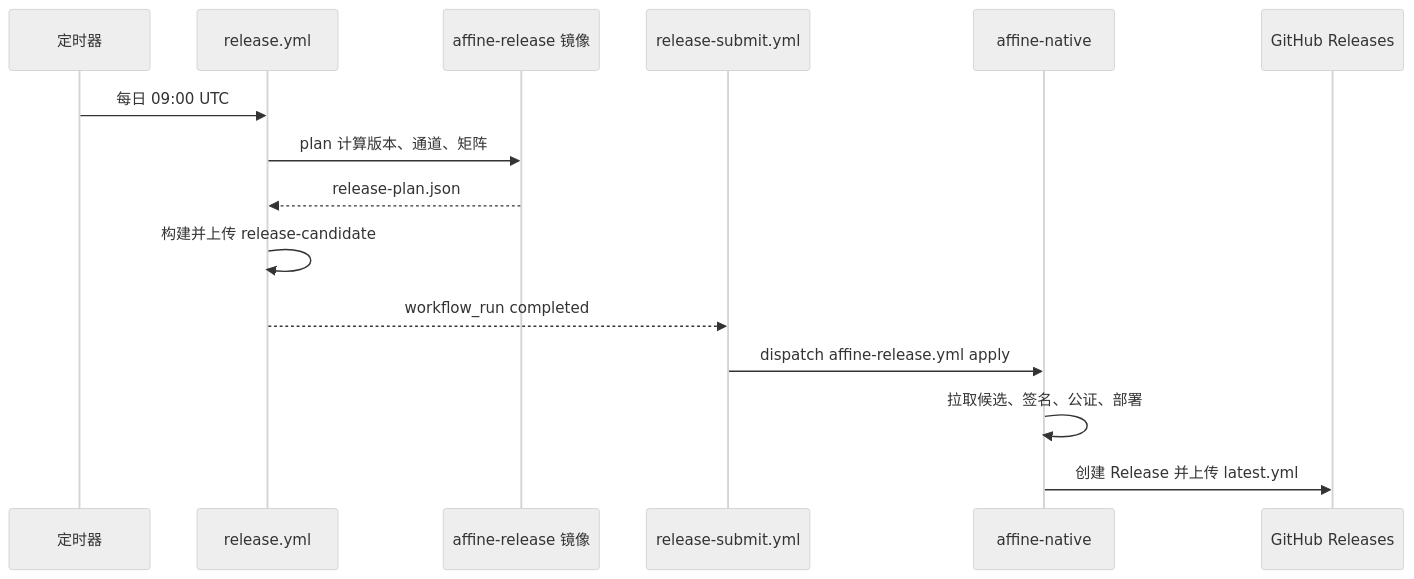
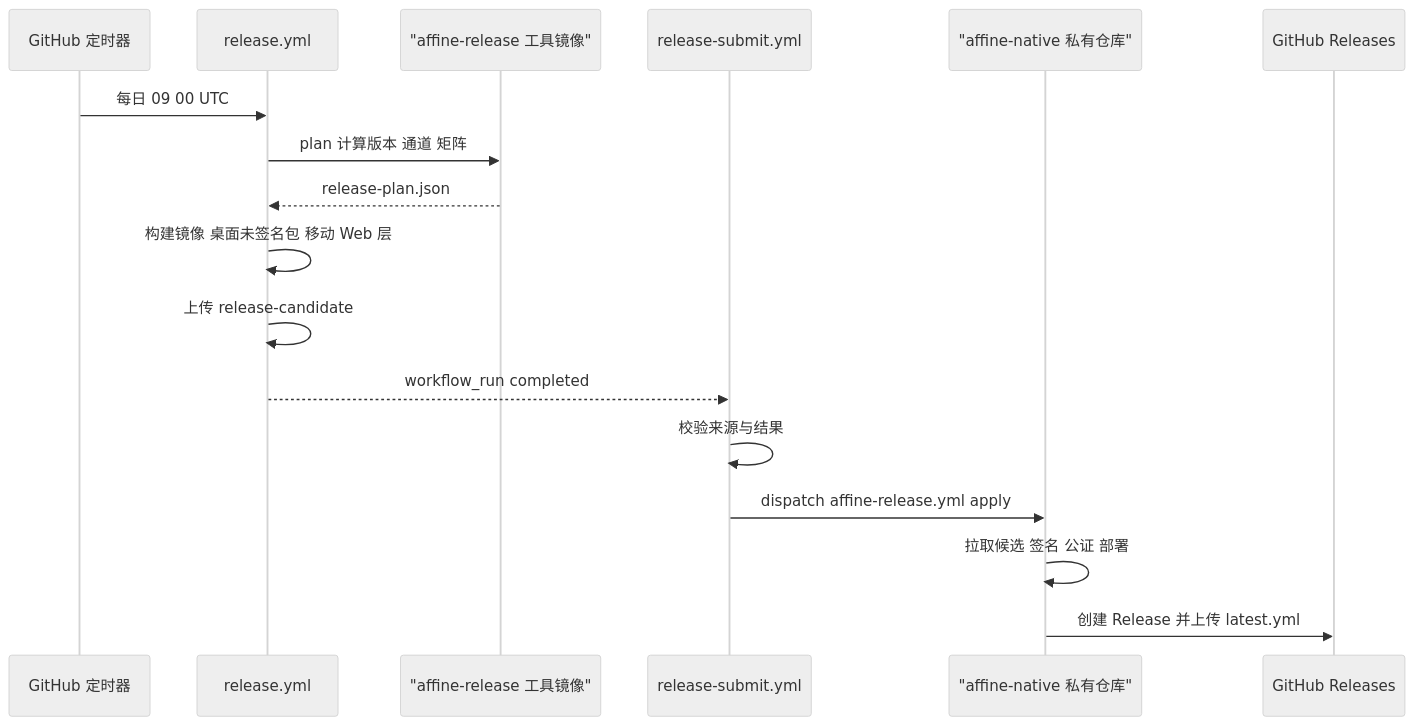
One commit to lfire/AFFiNE changed the third of 4 diagrams in learning-guide/slides/decks/04.md. Above: the diagram before and after it, drawn with Mermaid (neutral theme). The commit also changed other lines of this file and 46 other files, not shown here.

````diff
--- a/learning-guide/slides/decks/04.md
+++ b/learning-guide/slides/decks/04.md
@@ -256,17 +250,19 @@
 ```mermaid
 sequenceDiagram
-    participant CRON as 定时器
-    participant REL as release.yml
-    participant TOOL as affine-release 镜像
-    participant SUB as release-submit.yml
-    participant NAT as affine-native
-    participant GH as GitHub Releases
-    CRON->>REL: 每日 09:00 UTC
-    REL->>TOOL: plan 计算版本、通道、矩阵
-    TOOL-->>REL: release-plan.json
-    REL->>REL: 构建并上传 release-candidate
-    REL-->>SUB: workflow_run completed
-    SUB->>NAT: dispatch affine-release.yml apply
-    NAT->>NAT: 拉取候选、签名、公证、部署
-    NAT->>GH: 创建 Release 并上传 latest.yml
+  participant CRON as GitHub 定时器
+  participant REL as release.yml
+  participant TOOL as "affine-release 工具镜像"
+  participant SUB as release-submit.yml
+  participant NAT as "affine-native 私有仓库"
+  participant GH as GitHub Releases
+  CRON->>REL: 每日 09 00 UTC
+  REL->>TOOL: plan 计算版本 通道 矩阵
+  TOOL-->>REL: release-plan.json
+  REL->>REL: 构建镜像 桌面未签名包 移动 Web 层
+  REL->>REL: 上传 release-candidate
+  REL-->>SUB: workflow_run completed
+  SUB->>SUB: 校验来源与结果
+  SUB->>NAT: dispatch affine-release.yml apply
+  NAT->>NAT: 拉取候选 签名 公证 部署
+  NAT->>GH: 创建 Release 并上传 latest.yml
 ```
````
